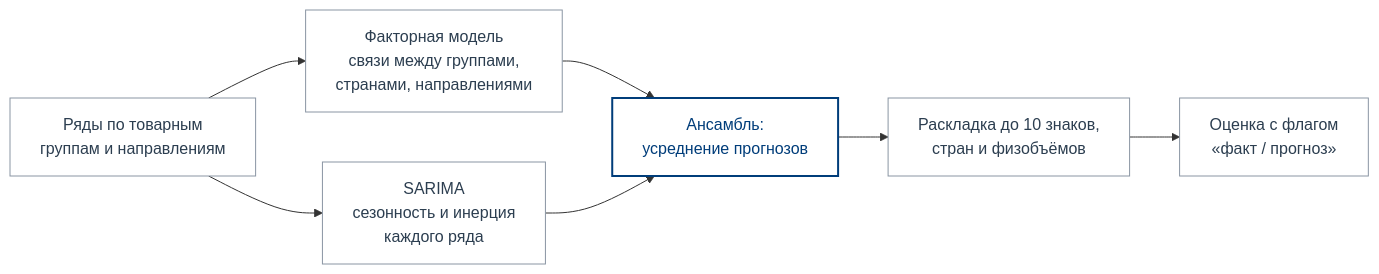
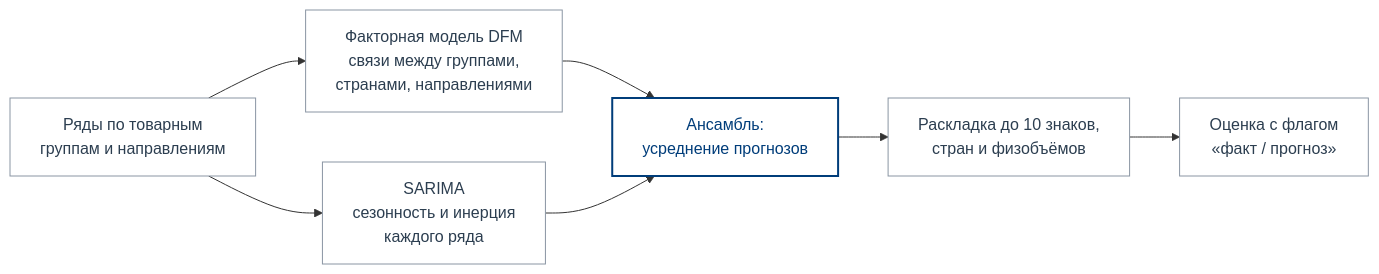
One commit to quantviews/mgimo-foreign-trade changed the second of 2 diagrams in presentations/project-overview.qmd. Above: the diagram before and after it, drawn with Mermaid. The commit also changed other lines of this file, not shown here.

````diff
--- a/presentations/project-overview.qmd
+++ b/presentations/project-overview.qmd
@@ -309,15 +308,15 @@
 ```{mermaid}
 %%| fig-width: 11
 %%| fig-height: 4.2
 flowchart LR
-    A["Ряды по товарным<br/>группам и направлениям"] --> B["Факторная модель<br/>связи между группами,<br/>странами, направлениями"]
+    A["Ряды по товарным<br/>группам и направлениям"] --> B["Факторная модель DFM<br/>связи между группами,<br/>странами, направлениями"]
     A --> C["SARIMA<br/>сезонность и инерция<br/>каждого ряда"]
     B --> D["Ансамбль:<br/>усреднение прогнозов"]
     C --> D
     D --> E["Раскладка до 10 знаков,<br/>стран и физобъёмов"]
     E --> F["Оценка с флагом<br/>«факт / прогноз»"]
 
     classDef plain fill:#ffffff,stroke:#8a95a3,stroke-width:1px,color:#2c3e50
     class A,B,C,E,F plain
     style D fill:#ffffff,stroke:#003d7a,stroke-width:2px,color:#003d7a
 ```
````
